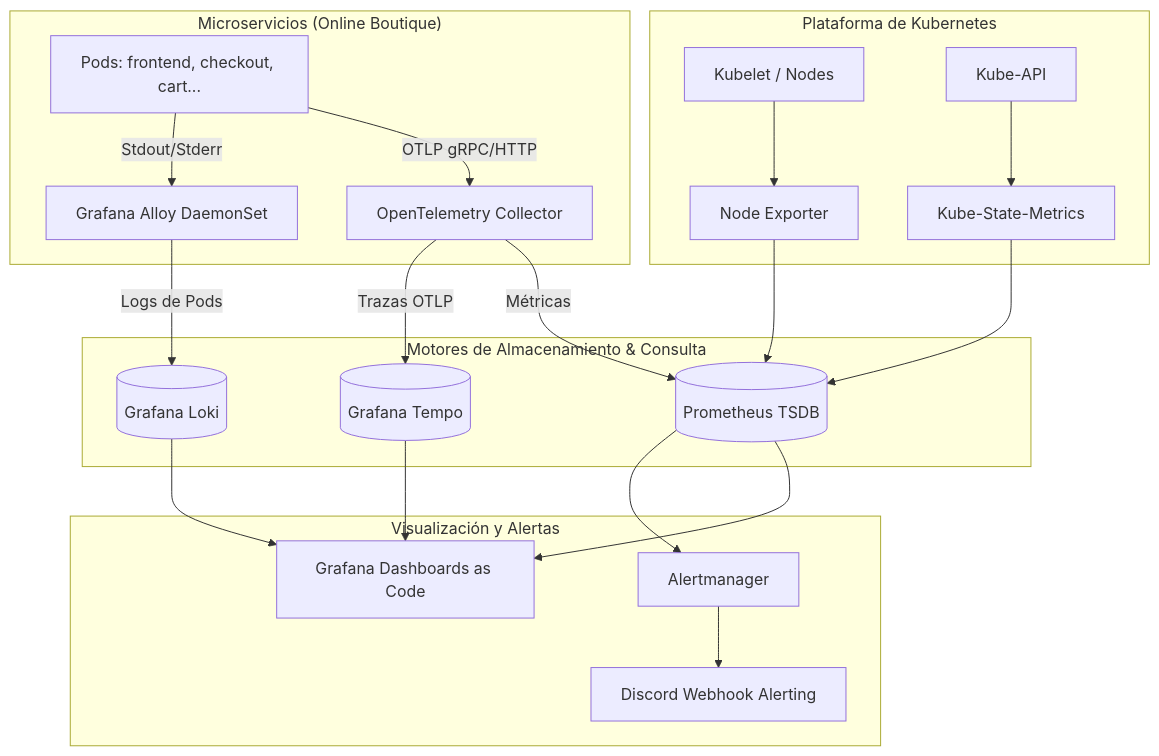
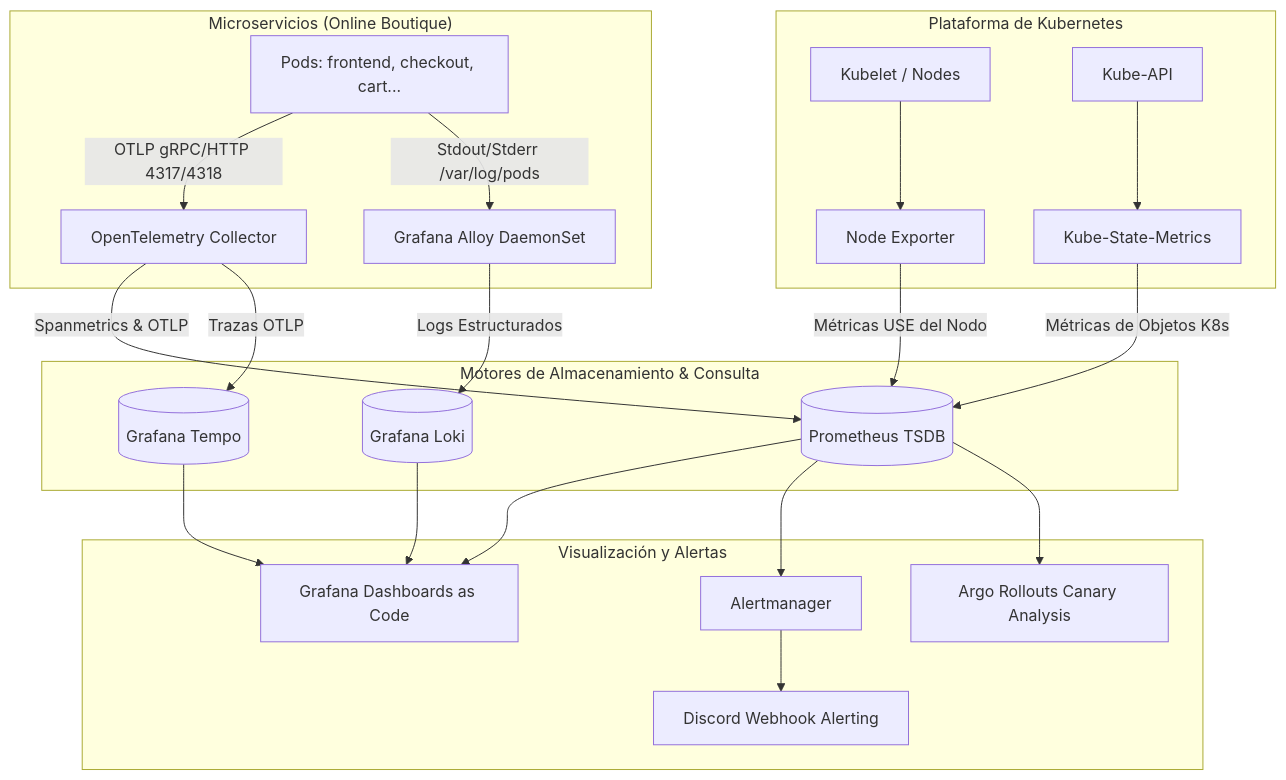
The diagram in README.md (miguelortiz13/observability-stack), drawn with Mermaid before and after one commit. The commit also changed other lines of this file and 4 other files, not shown here.

````diff
--- a/README.md
+++ b/README.md
@@ -26,28 +26,29 @@
 ```mermaid
 flowchart TD
     subgraph APPS["Microservicios (Online Boutique)"]
-        OB[Pods: frontend, checkout, cart...] -->|OTLP gRPC/HTTP| OTEL[OpenTelemetry Collector]
-        OB -->|Stdout/Stderr| ALLOY[Grafana Alloy DaemonSet]
+        OB[Pods: frontend, checkout, cart...] -->|OTLP gRPC/HTTP 4317/4318| OTEL[OpenTelemetry Collector]
+        OB -->|Stdout/Stderr /var/log/pods| ALLOY[Grafana Alloy DaemonSet]
     end
 
     subgraph PLATFORM["Plataforma de Kubernetes"]
         KUBE[Kubelet / Nodes] --> NODE[Node Exporter]
         KAPI[Kube-API] --> KSM[Kube-State-Metrics]
     end
 
     subgraph INGESTION["Motores de Almacenamiento & Consulta"]
-        OTEL -->|Métricas| PROM[(Prometheus TSDB)]
+        OTEL -->|Spanmetrics & OTLP| PROM[(Prometheus TSDB)]
         OTEL -->|Trazas OTLP| TEMPO[(Grafana Tempo)]
-        ALLOY -->|Logs de Pods| LOKI[(Grafana Loki)]
-        NODE --> PROM
-        KSM --> PROM
+        ALLOY -->|Logs Estructurados| LOKI[(Grafana Loki)]
+        NODE -->|Métricas USE del Nodo| PROM
+        KSM -->|Métricas de Objetos K8s| PROM
     end
 
     subgraph VISUALIZATION["Visualización y Alertas"]
         PROM --> GRAF[Grafana Dashboards as Code]
         TEMPO --> GRAF
         LOKI --> GRAF
         PROM --> AM[Alertmanager]
         AM --> DISCORD[Discord Webhook Alerting]
+        PROM --> ARGO[Argo Rollouts Canary Analysis]
     end
 ```
````
